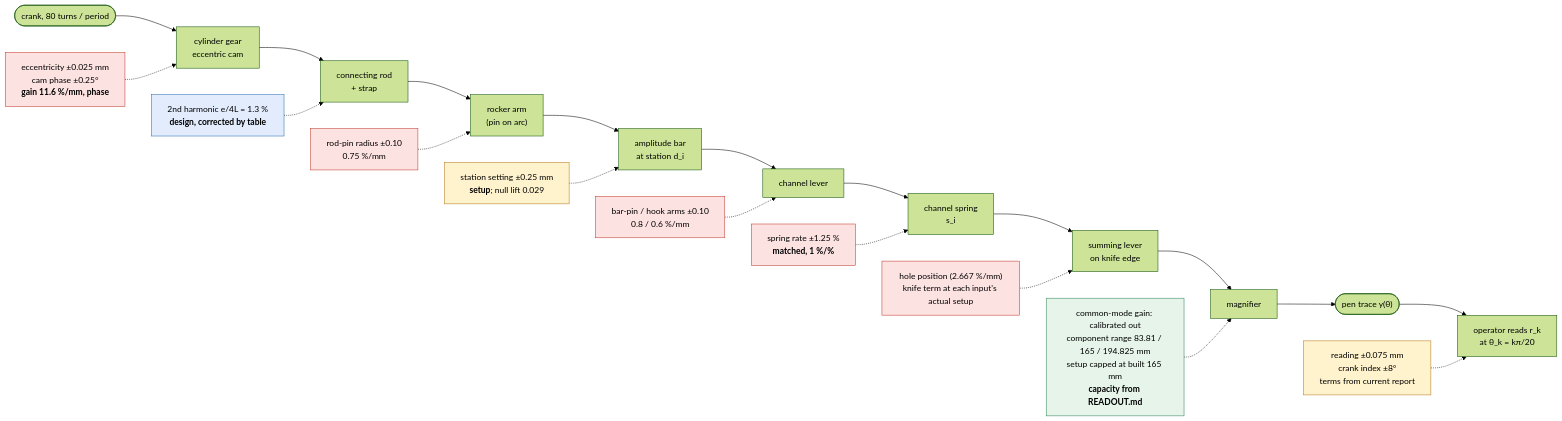
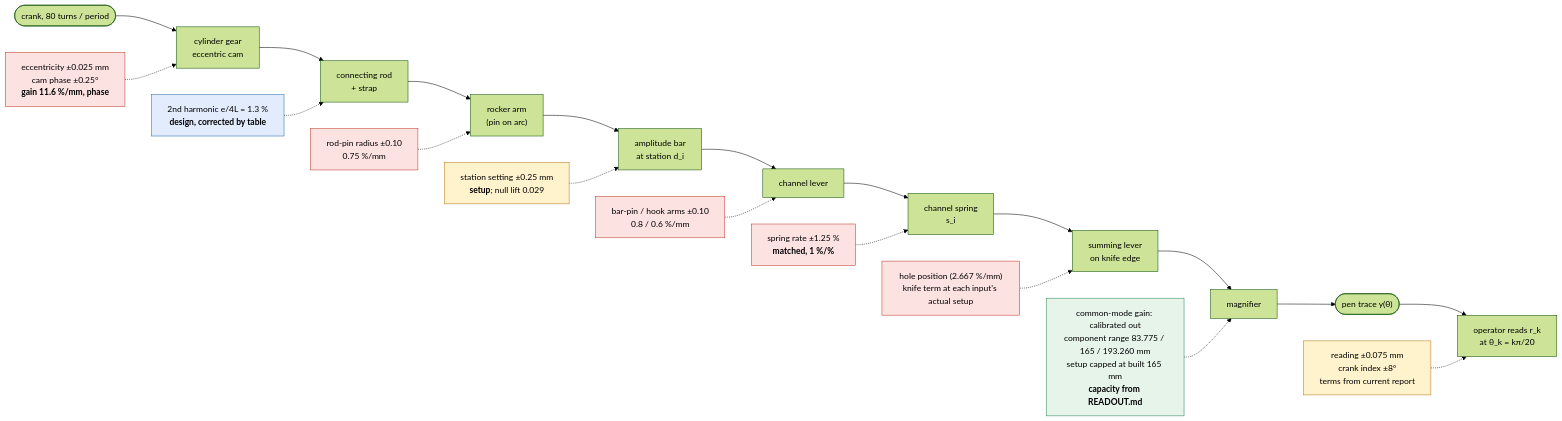
The first of 4 diagrams in cad/docs/tolerance-policy.md (pedropaulovc/harmonic-analyzer), drawn with Mermaid (forest theme) before and after one commit. The commit also changed other lines of this file and 23 other files, not shown here.

````diff
--- a/cad/docs/tolerance-policy.md
+++ b/cad/docs/tolerance-policy.md
@@ -135,27 +135,27 @@
 ```mermaid
 flowchart LR
     crank([crank, 80 turns / period]) --> cam
     cam["cylinder gear<br/>eccentric cam"] --> rod["connecting rod<br/>+ strap"]
     rod --> rocker["rocker arm<br/>(pin on arc)"]
     rocker --> bar["amplitude bar<br/>at station d_i"]
     bar --> lever["channel lever"]
     lever --> spring["channel spring<br/>s_i"]
     spring --> summing["summing lever<br/>on knife edge"]
     summing --> mag["magnifier"] --> pen(["pen trace y(θ)"])
     pen --> op["operator reads r_k<br/>at θ_k = kπ/20"]
 
     e1["eccentricity ±0.025 mm<br/>cam phase ±0.25°<br/><b>gain 11.6 %/mm, phase</b>"]:::part -.-> cam
     e2["2nd harmonic e/4L = 1.3 %<br/><b>design, corrected by table</b>"]:::design -.-> rod
     e3["rod-pin radius ±0.10<br/>0.75 %/mm"]:::part -.-> rocker
     e4["station setting ±0.25 mm<br/><b>setup</b>; null lift 0.029"]:::setup -.-> bar
     e5["bar-pin / hook arms ±0.10<br/>0.8 / 0.6 %/mm"]:::part -.-> lever
     e6["spring rate ±1.25 %<br/><b>matched, 1 %/%</b>"]:::part -.-> spring
     e7["hole position (2.667 %/mm)<br/>knife term at each input's actual setup"]:::part -.-> summing
-    e8["common-mode gain: calibrated out<br/>component range 83.81 / 165 / 194.825 mm<br/>setup capped at built 165 mm<br/><b>capacity from READOUT.md</b>"]:::free -.-> mag
+    e8["common-mode gain: calibrated out<br/>component range 83.775 / 165 / 193.260 mm<br/>setup capped at built 165 mm<br/><b>capacity from READOUT.md</b>"]:::free -.-> mag
     e9["reading ±0.075 mm<br/>crank index ±8°<br/>terms from current report"]:::setup -.-> op
 
     classDef part fill:#fde2e2,stroke:#c0392b
     classDef setup fill:#fff3cd,stroke:#b7791f
     classDef design fill:#e2ecfd,stroke:#2b6cb0
     classDef free fill:#e6f4ea,stroke:#2f855a
 ```
````
